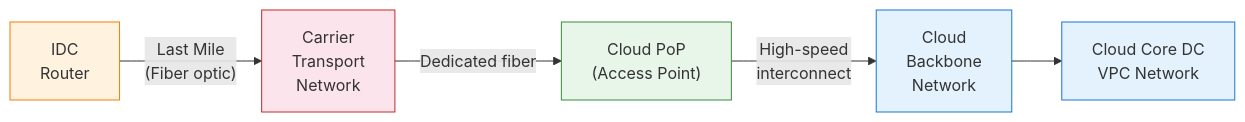
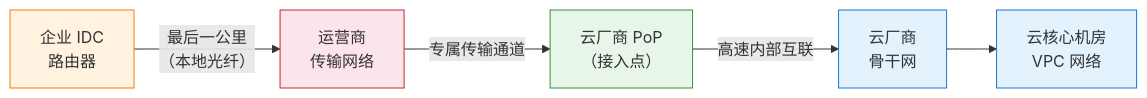
One commit to caozhiyi/network-book changed the first of 4 diagrams in docs/21.拉一根光纤专线接入.md. Above: the diagram before and after it, drawn with Mermaid. The commit also changed other lines of this file and 36 other files, not shown here.

````diff
--- a/docs/21.拉一根光纤专线接入.md
+++ b/docs/21.拉一根光纤专线接入.md
@@ -39,13 +29,13 @@
 ```mermaid
 graph LR
-    IDC["IDC<br/>Router"] -->|"Last Mile<br/>(Fiber optic)"| CARRIER["Carrier<br/>Transport<br/>Network"]
-    CARRIER -->|"Dedicated fiber"| POP["Cloud PoP<br/>(Access Point)"]
-    POP -->|"High-speed<br/>interconnect"| BACKBONE["Cloud<br/>Backbone<br/>Network"]
-    BACKBONE --> CLOUD["Cloud Core DC<br/>VPC Network"]
+    IDC["企业 IDC<br/>路由器"] -->|"最后一公里<br/>（本地光纤）"| CARRIER["运营商<br/>传输网络"]
+    CARRIER -->|"专属传输通道"| POP["云厂商 PoP<br/>（接入点）"]
+    POP -->|"高速内部互联"| BACKBONE["云厂商<br/>骨干网"]
+    BACKBONE --> CLOUD["云核心机房<br/>VPC 网络"]
 
     style IDC fill:#fff3e0,stroke:#f57c00
     style CARRIER fill:#fce4ec,stroke:#c62828
     style POP fill:#e8f5e9,stroke:#388e3c
     style BACKBONE fill:#e3f2fd,stroke:#1976d2
     style CLOUD fill:#e3f2fd,stroke:#1976d2
 ```
````
